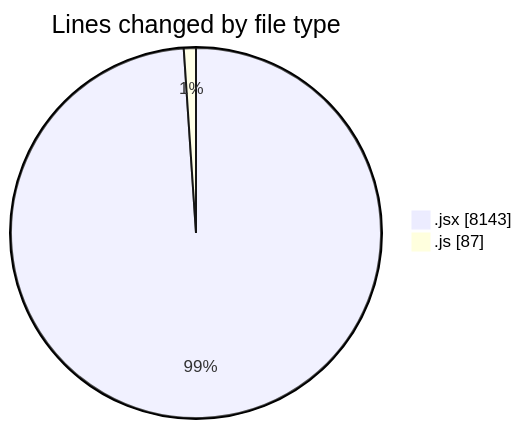
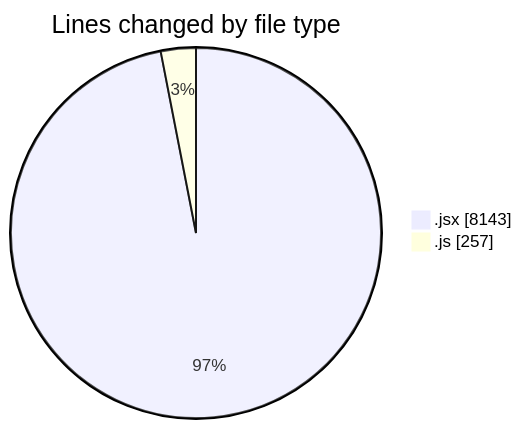
Before and after one commit to nxtqubesakshisongat/code-tracking: the first of 2 diagrams in 2025-05-27/nxtqube_webapp/README.md, drawn with Mermaid. The commit also changed other lines of this file and 1 other file, not shown here.

````diff
--- a/2025-05-27/nxtqube_webapp/README.md
+++ b/2025-05-27/nxtqube_webapp/README.md
@@ -25,6 +26,6 @@
 ```mermaid
 pie showData
 title Lines changed by file type
 ".jsx" : 8143
-".js" : 87
+".js" : 257
 ```
````
